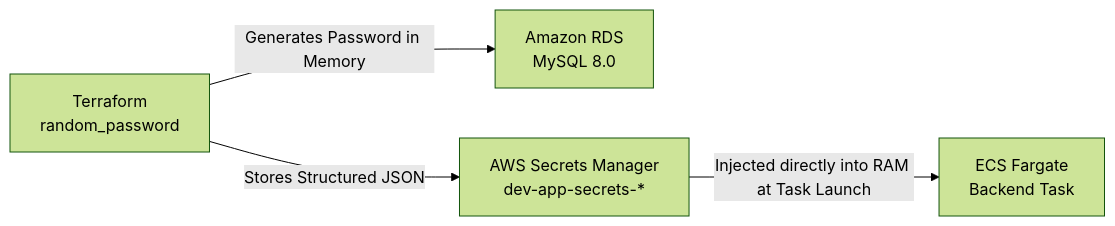
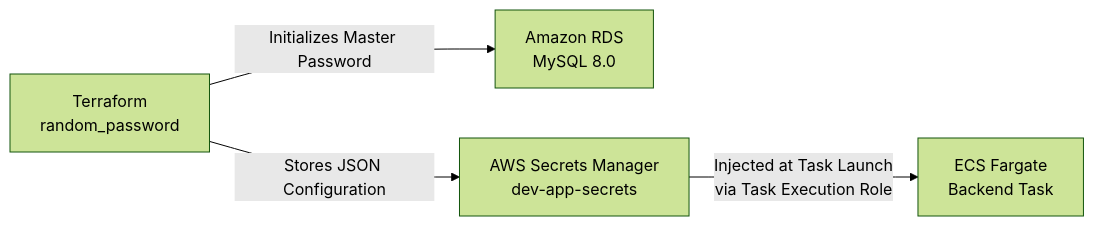
The first of 2 diagrams in README.md (ahmeddhussain/Assesment-Task), drawn with Mermaid (forest theme) before and after one commit. The commit also changed other lines of this file and 1 other file, not shown here.

````diff
--- a/README.md
+++ b/README.md
@@ -262,6 +265,6 @@
 ```mermaid
 graph LR
-    TF["Terraform<br/>random_password"] -->|"Generates Password in Memory"| RDS["Amazon RDS<br/>MySQL 8.0"]
-    TF -->|"Stores Structured JSON"| ASM["AWS Secrets Manager<br/>dev-app-secrets-*"]
-    ASM -->|"Injected directly into RAM at Task Launch"| ECS["ECS Fargate<br/>Backend Task"]
+    TF["Terraform<br/>random_password"] -->|"Initializes Master Password"| RDS["Amazon RDS<br/>MySQL 8.0"]
+    TF -->|"Stores JSON Configuration"| ASM["AWS Secrets Manager<br/>dev-app-secrets"]
+    ASM -->|"Injected at Task Launch<br/>via Task Execution Role"| ECS["ECS Fargate<br/>Backend Task"]
 ```
````
